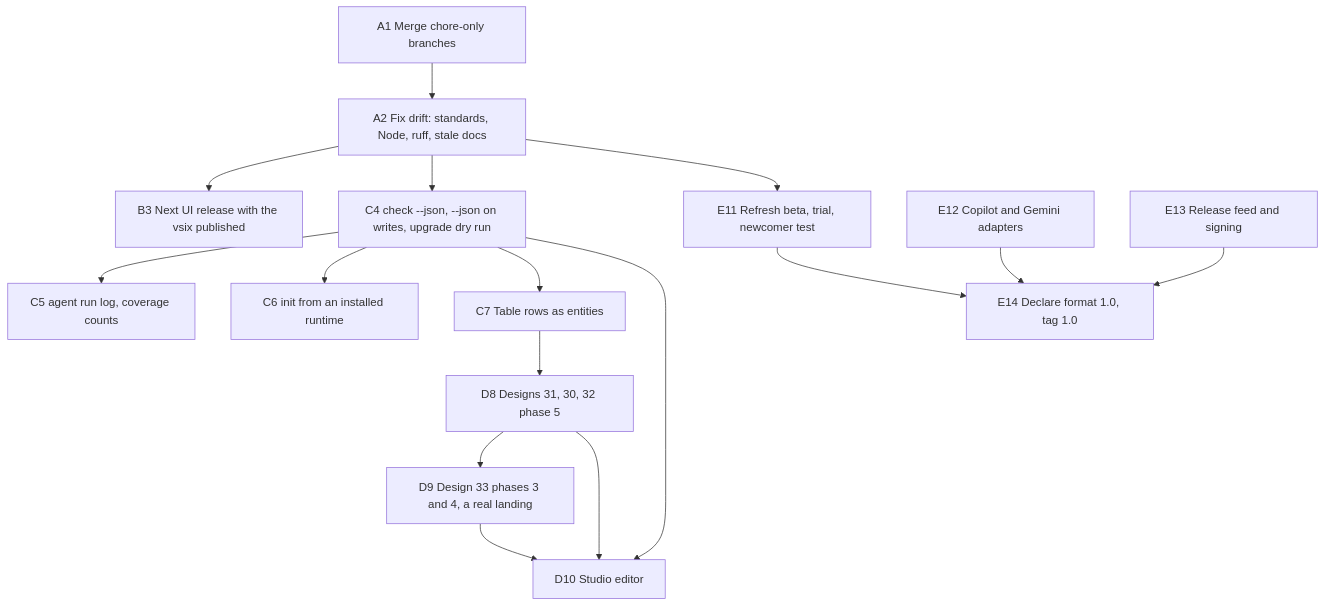
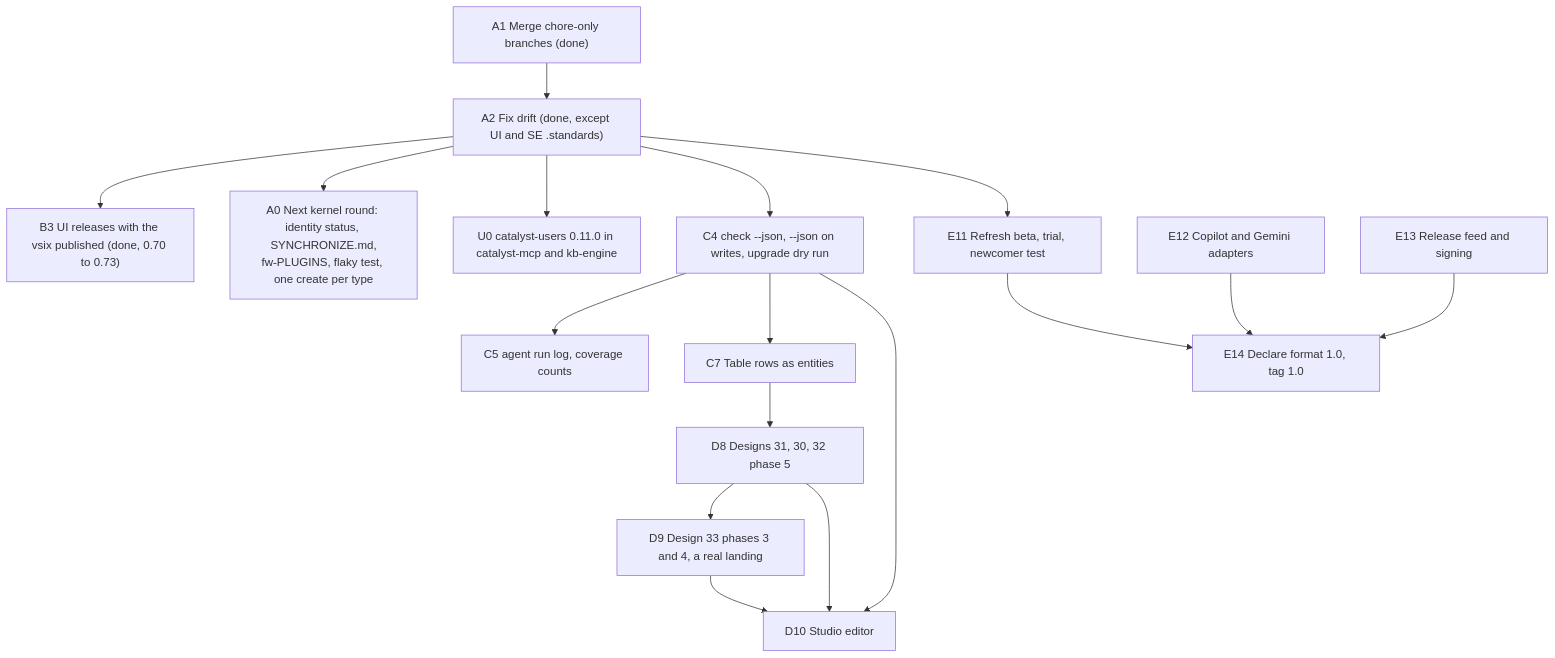
One commit to cantica-tech/catalyst-docs changed the seventh of 7 diagrams in docs/guide/manual/90-next-steps.md. Above: the diagram before and after it, drawn with Mermaid. The commit also changed other lines of this file and 9 other files, not shown here.

````diff
--- a/docs/guide/manual/90-next-steps.md
+++ b/docs/guide/manual/90-next-steps.md
@@ -399,18 +426,19 @@
 ```mermaid
 flowchart TD
-    A1["A1 Merge chore-only branches"] --> A2["A2 Fix drift: standards, Node, ruff, stale docs"]
-    A2 --> B3["B3 Next UI release with the vsix published"]
+    A1["A1 Merge chore-only branches (done)"] --> A2["A2 Fix drift (done, except UI and SE .standards)"]
+    A2 --> B3["B3 UI releases with the vsix published (done, 0.70 to 0.73)"]
+    A2 --> A0["A0 Next kernel round: identity status, SYNCHRONIZE.md,<br/>fw-PLUGINS, flaky test, one create per type"]
+    A2 --> U0["U0 catalyst-users 0.11.0 in catalyst-mcp and kb-engine"]
     A2 --> C4["C4 check --json, --json on writes, upgrade dry run"]
     C4 --> C5["C5 agent run log, coverage counts"]
-    C4 --> C6["C6 init from an installed runtime"]
     C4 --> C7["C7 Table rows as entities"]
     C7 --> D8["D8 Designs 31, 30, 32 phase 5"]
     D8 --> D9["D9 Design 33 phases 3 and 4, a real landing"]
     C4 --> D10["D10 Studio editor"]
     D8 --> D10
     D9 --> D10
     A2 --> E11["E11 Refresh beta, trial, newcomer test"]
     E11 --> E14["E14 Declare format 1.0, tag 1.0"]
     E12["E12 Copilot and Gemini adapters"] --> E14
     E13["E13 Release feed and signing"] --> E14
 ```
````
